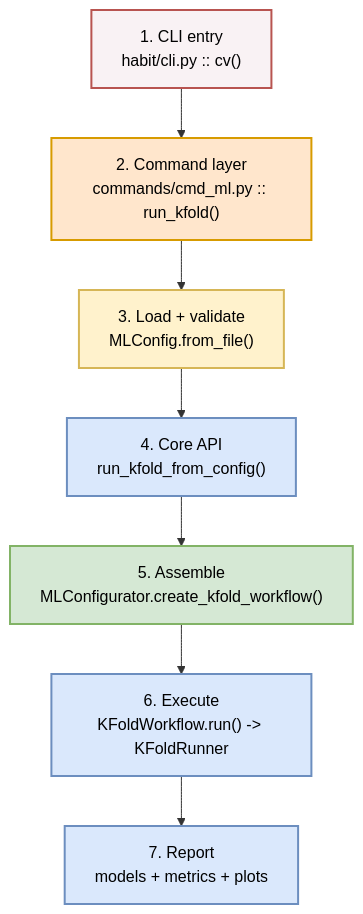
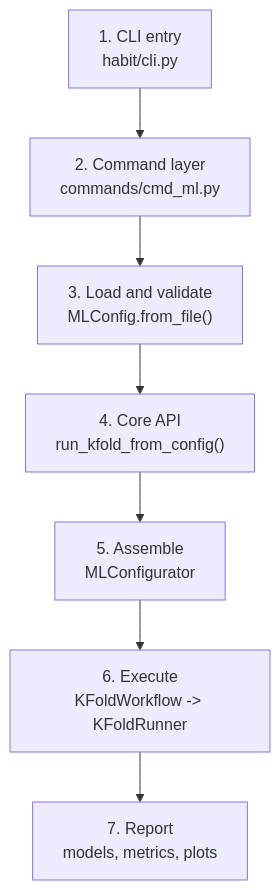
Before and after one commit to lichao312214129/HABIT: the first of 2 diagrams in docs/source/development/request_lifecycle.rst, drawn with Mermaid. The commit also changed other lines of this file and 12 other files, not shown here.

```diff
--- a/docs/source/development/request_lifecycle.rst
+++ b/docs/source/development/request_lifecycle.rst
@@ -18,18 +16,9 @@
 .. mermaid::
 
    flowchart TD
-     classDef entry fill:#f9f2f4,stroke:#b85450,stroke-width:2px,color:#000;
-     classDef cmd fill:#ffe6cc,stroke:#d79b00,stroke-width:2px,color:#000;
-     classDef cfg fill:#fff2cc,stroke:#d6b656,stroke-width:2px,color:#000;
-     classDef asm fill:#d5e8d4,stroke:#82b366,stroke-width:2px,color:#000;
-     classDef run fill:#dae8fc,stroke:#6c8ebf,stroke-width:2px,color:#000;
-
-     S1["1. CLI entry<br/>habit/cli.py :: cv()"]:::entry
-     S2["2. Command layer<br/>commands/cmd_ml.py :: run_kfold()"]:::cmd
-     S3["3. Load + validate<br/>MLConfig.from_file()"]:::cfg
-     S4["4. Core API<br/>run_kfold_from_config()"]:::run
-     S5["5. Assemble<br/>MLConfigurator.create_kfold_workflow()"]:::asm
-     S6["6. Execute<br/>KFoldWorkflow.run() -> KFoldRunner"]:::run
-     S7["7. Report<br/>models + metrics + plots"]:::run
-
-     S1 --> S2 --> S3 --> S4 --> S5 --> S6 --> S7
+     S1["1. CLI entry<br/>habit/cli.py"] --> S2["2. Command layer<br/>commands/cmd_ml.py"]
+     S2 --> S3["3. Load and validate<br/>MLConfig.from_file()"]
+     S3 --> S4["4. Core API<br/>run_kfold_from_config()"]
+     S4 --> S5["5. Assemble<br/>MLConfigurator"]
+     S5 --> S6["6. Execute<br/>KFoldWorkflow -> KFoldRunner"]
+     S6 --> S7["7. Report<br/>models, metrics, plots"]
```
